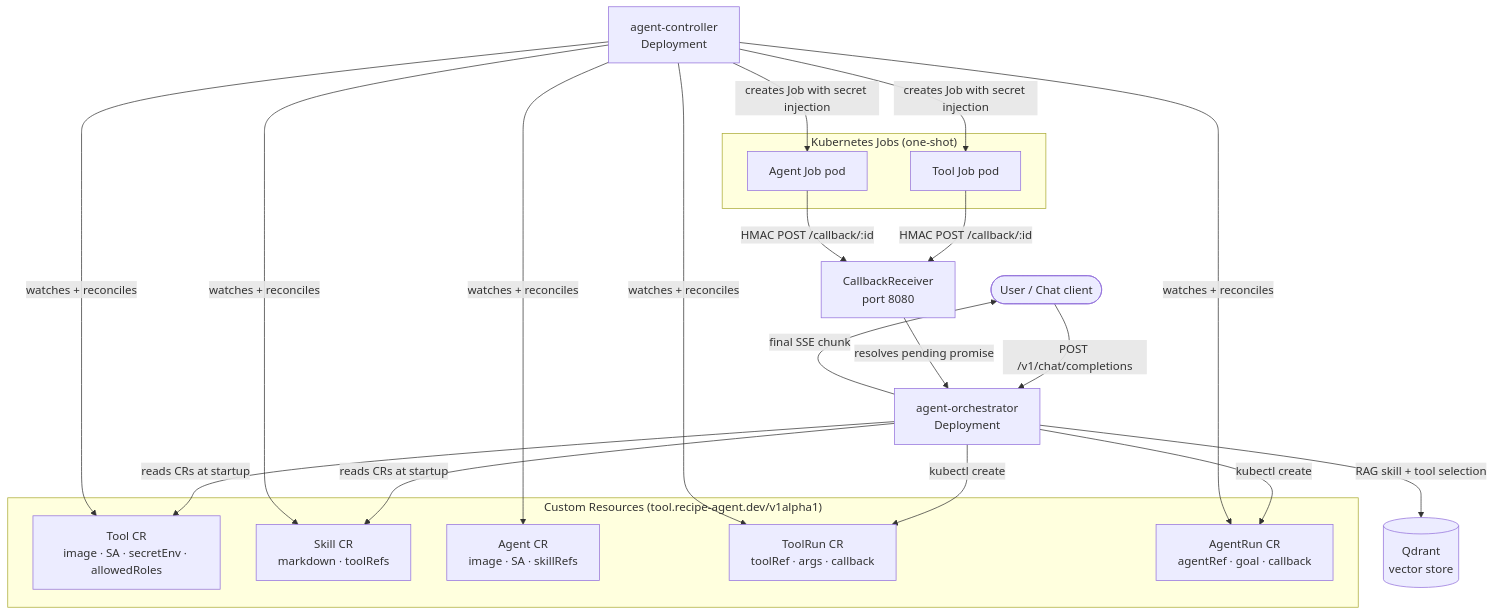
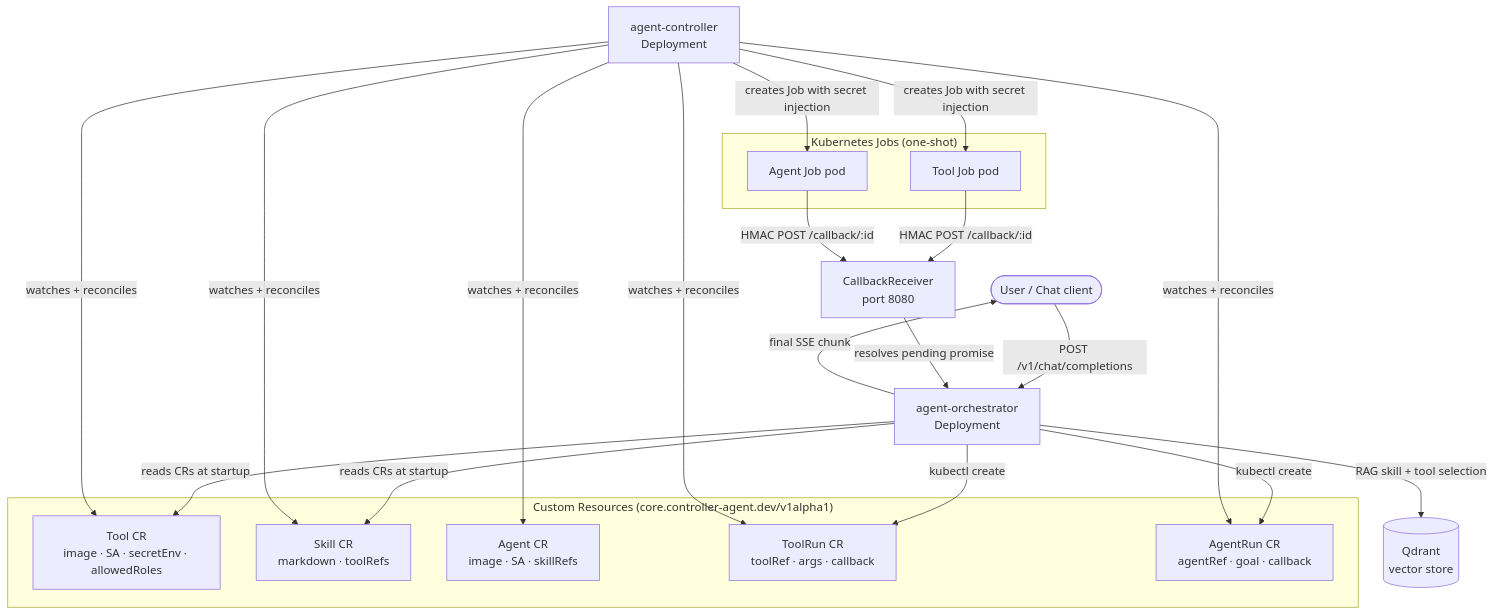
One commit to imaustink/agent-controller changed the diagram in README.md. Above: the diagram before and after it, drawn with Mermaid. The commit also changed other lines of this file and 105 other files, not shown here.

First line of the commit message:
Rename project to controller-agent

````diff
--- a/README.md
+++ b/README.md
@@ -39,32 +39,32 @@
 ```mermaid
 graph TD
     User([User / Chat client])
     Orchestrator[agent-orchestrator\nDeployment]
     Controller[agent-controller\nDeployment]
 
-    subgraph CRDs["Custom Resources (tool.recipe-agent.dev/v1alpha1)"]
+    subgraph CRDs["Custom Resources (core.controller-agent.dev/v1alpha1)"]
         ToolCR[Tool CR\nimage · SA · secretEnv · allowedRoles]
         SkillCR[Skill CR\nmarkdown · toolRefs]
         AgentCR[Agent CR\nimage · SA · skillRefs]
         ToolRunCR[ToolRun CR\ntoolRef · args · callback]
         AgentRunCR[AgentRun CR\nagentRef · goal · callback]
     end
 
     subgraph Jobs["Kubernetes Jobs (one-shot)"]
         ToolJob[Tool Job pod]
         AgentJob[Agent Job pod]
     end
 
     CallbackSrv[CallbackReceiver\nport 8080]
     Qdrant[(Qdrant\nvector store)]
 
     User -->|POST /v1/chat/completions| Orchestrator
     Orchestrator -->|RAG skill + tool selection| Qdrant
     Orchestrator -->|reads CRs at startup| ToolCR & SkillCR
     Orchestrator -->|kubectl create| ToolRunCR & AgentRunCR
     Controller -->|watches + reconciles| ToolRunCR & AgentRunCR & ToolCR & SkillCR & AgentCR
     Controller -->|creates Job with secret injection| ToolJob & AgentJob
     ToolJob & AgentJob -->|HMAC POST /callback/:id| CallbackSrv
     CallbackSrv -->|resolves pending promise| Orchestrator
     Orchestrator -->|final SSE chunk| User
 ```
````
